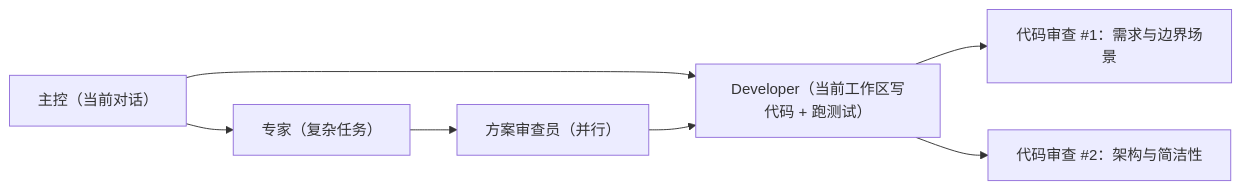
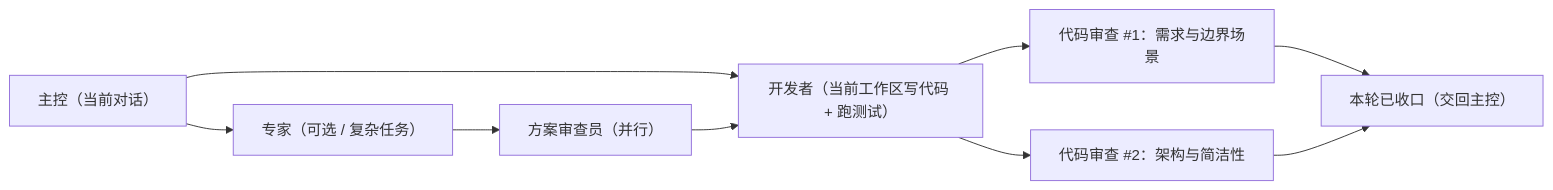
The diagram in README.zh-CN.md (OliverWalker1122/paseo-team), drawn with Mermaid before and after one commit. The commit also changed other lines of this file and 9 other files, not shown here.

````diff
--- a/README.zh-CN.md
+++ b/README.zh-CN.md
@@ -86,9 +91,11 @@
 ```mermaid
 flowchart LR
-  C["主控（当前对话）"] --> E["专家（复杂任务）"]
+  C["主控（当前对话）"] --> E["专家（可选 / 复杂任务）"]
   E --> P["方案审查员（并行）"]
-  C --> D["Developer（当前工作区写代码 + 跑测试）"]
+  C --> D["开发者（当前工作区写代码 + 跑测试）"]
   P --> D
   D --> R1["代码审查 #1：需求与边界场景"]
   D --> R2["代码审查 #2：架构与简洁性"]
+  R1 --> S["本轮已收口（交回主控）"]
+  R2 --> S
 ```
````
